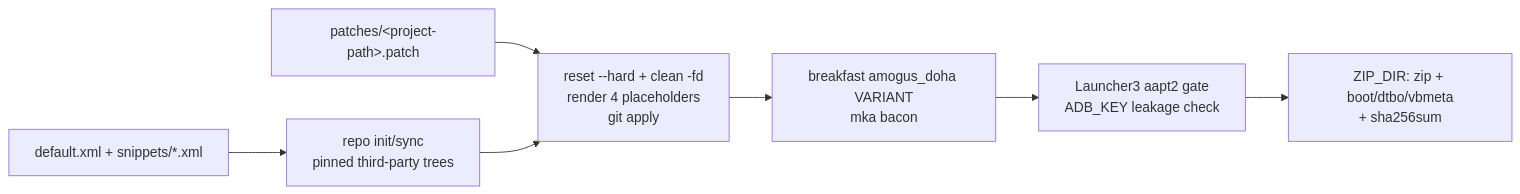
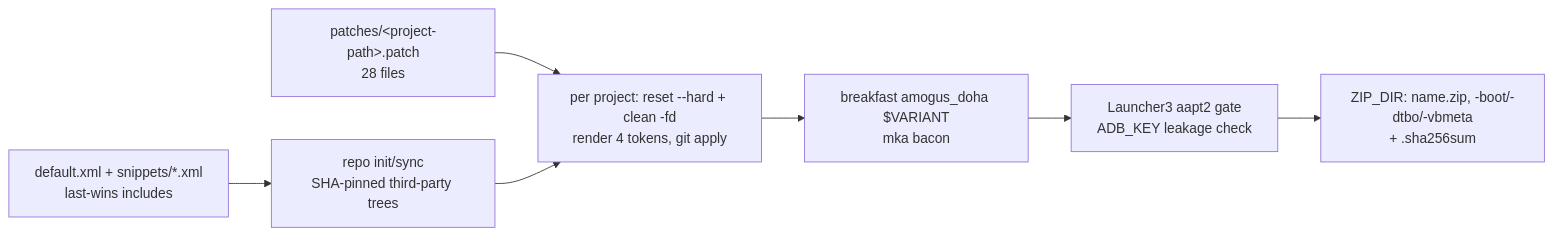
One commit to ishwar-chandra/amogus_doha_custom_rom changed the diagram in AGENTS.md. Above: the diagram before and after it, drawn with Mermaid. The commit also changed other lines of this file, not shown here.

First line of the commit message:
docs: rewrite AGENTS.md around the patch pipeline

````diff
--- a/AGENTS.md
+++ b/AGENTS.md
@@ -24,9 +22,9 @@
 ```mermaid
 flowchart LR
-  M["default.xml + snippets/*.xml"] --> R["repo init/sync<br/>pinned third-party trees"]
-  P["patches/&lt;project-path&gt;.patch"] --> A["reset --hard + clean -fd<br/>render 4 placeholders<br/>git apply"]
+  M["default.xml + snippets/*.xml<br/>last-wins includes"] --> R["repo init/sync<br/>SHA-pinned third-party trees"]
+  P["patches/&lt;project-path&gt;.patch<br/>28 files"] --> A["per project: reset --hard + clean -fd<br/>render 4 tokens, git apply"]
   R --> A
-  A --> B["breakfast amogus_doha VARIANT<br/>mka bacon"]
+  A --> B["breakfast amogus_doha $VARIANT<br/>mka bacon"]
   B --> G["Launcher3 aapt2 gate<br/>ADB_KEY leakage check"]
-  G --> Z["ZIP_DIR: zip + boot/dtbo/vbmeta<br/>+ sha256sum"]
+  G --> Z["ZIP_DIR: name.zip, -boot/-dtbo/-vbmeta<br/>+ .sha256sum"]
 ```
````
